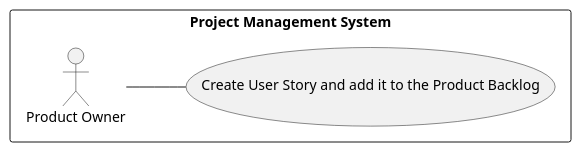
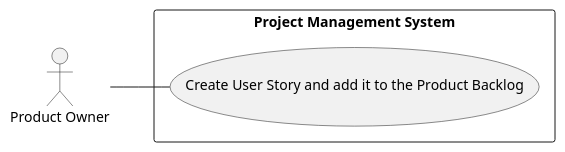
The diagram in docs/modelling_design/user_stories/us017/US017_CreateUserStoryUCD.puml (ivo-menezes/project_g3), drawn with PlantUML before and after one commit.

Commit message:
US017: Analysis: correct use case diagram (put the actor outside of the system)

```diff
--- a/docs/modelling_design/user_stories/us017/US017_CreateUserStoryUCD.puml
+++ b/docs/modelling_design/user_stories/us017/US017_CreateUserStoryUCD.puml
@@ -1,9 +1,10 @@
 @startuml
 left to right direction
 
+:Product Owner: as actor
+
 rectangle "Project Management System"{
-:Product Owner: as actor
 actor -- (Create User Story and add it to the Product Backlog)
 }
 
 @enduml
```
